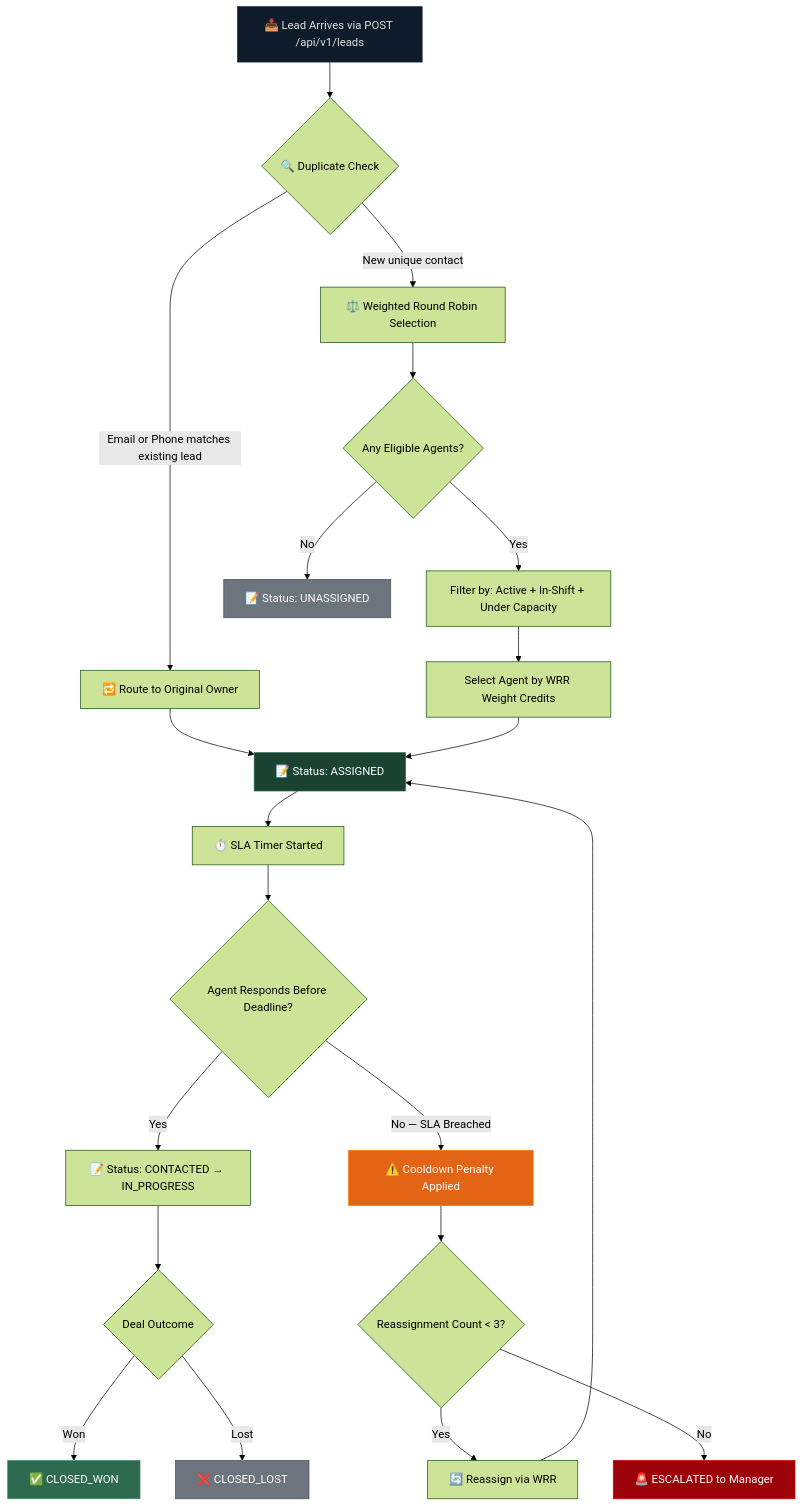
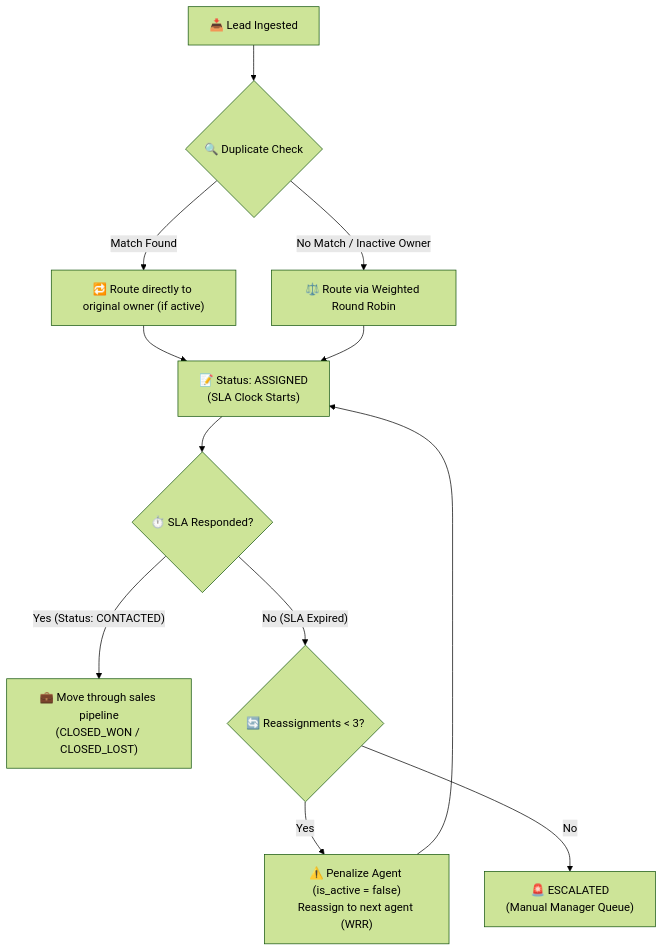
The second of 6 diagrams in README.md (vanrajsinh650/LeadFlow), drawn with Mermaid (forest theme) before and after one commit. The commit also changed other lines of this file, not shown here.

Commit message:
Reformat and simplify all README.md mermaid diagrams for readability

````diff
--- a/README.md
+++ b/README.md
@@ -78,39 +64,20 @@
 ```mermaid
 flowchart TD
-    A["📥 Lead Arrives via POST /api/v1/leads"] --> B{"🔍 Duplicate Check"}
+    Start["📥 Lead Ingested"] --> DupCheck{"🔍 Duplicate Check"}
+    
+    DupCheck -->|"Match Found"| RouteOwner["🔁 Route directly to original owner (if active)"]
+    DupCheck -->|"No Match / Inactive Owner"| WRR["⚖️ Route via Weighted Round Robin"]
 
-    B -->|"Email or Phone matches existing lead"| C["🔁 Route to Original Owner"]
-    B -->|"New unique contact"| D["⚖️ Weighted Round Robin Selection"]
+    RouteOwner --> Assign["📝 Status: ASSIGNED\n(SLA Clock Starts)"]
+    WRR --> Assign
 
-    C --> E["📝 Status: ASSIGNED"]
-    D --> F{"Any Eligible Agents?"}
-
-    F -->|"Yes"| G["Filter by: Active + In-Shift + Under Capacity"]
-    F -->|"No"| H["📝 Status: UNASSIGNED"]
-
-    G --> I["Select Agent by WRR Weight Credits"]
-    I --> E
-
-    E --> J["⏱️ SLA Timer Started"]
-    J --> K{"Agent Responds Before Deadline?"}
-
-    K -->|"Yes"| L["📝 Status: CONTACTED → IN_PROGRESS"]
-    L --> M{"Deal Outcome"}
-    M -->|"Won"| N["✅ CLOSED_WON"]
-    M -->|"Lost"| O["❌ CLOSED_LOST"]
-
-    K -->|"No — SLA Breached"| P["⚠️ Cooldown Penalty Applied"]
-    P --> Q{"Reassignment Count < 3?"}
-
-    Q -->|"Yes"| R["🔄 Reassign via WRR"]
-    R --> E
-    Q -->|"No"| S["🚨 ESCALATED to Manager"]
-
-    style A fill:#0d1b2a,stroke:#1b263b,color:#e0e1dd
-    style E fill:#1b4332,stroke:#2d6a4f,color:#fff
-    style H fill:#6c757d,stroke:#495057,color:#fff
-    style N fill:#2d6a4f,stroke:#40916c,color:#fff
-    style O fill:#6c757d,stroke:#495057,color:#fff
-    style S fill:#9d0208,stroke:#d00000,color:#fff
-    style P fill:#e36414,stroke:#f77f00,color:#fff
+    Assign --> SLA{"⏱️ SLA Responded?"}
+    
+    SLA -->|"Yes (Status: CONTACTED)"| Complete["💼 Move through sales pipeline\n(CLOSED_WON / CLOSED_LOST)"]
+    SLA -->|"No (SLA Expired)"| Reassign{"🔄 Reassignments < 3?"}
+    
+    Reassign -->|"Yes"| Cooldown["⚠️ Penalize Agent (is_active = false)\nReassign to next agent (WRR)"]
+    Cooldown --> Assign
+    
+    Reassign -->|"No"| Escalate["🚨 ESCALATED\n(Manual Manager Queue)"]
 ```
````
